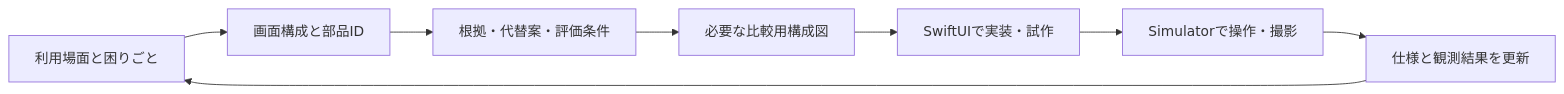
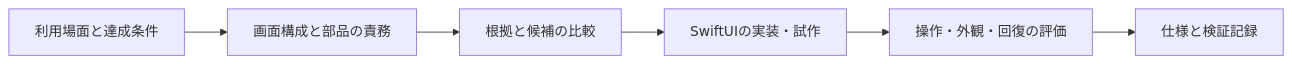
One commit to 9uiLe/nibble changed the diagram in docs/design/README.md. Above: the diagram before and after it, drawn with Mermaid. The commit also changed other lines of this file and 11 other files, not shown here.

````diff
--- a/docs/design/README.md
+++ b/docs/design/README.md
@@ -45,10 +76,8 @@
 ```mermaid
 flowchart LR
-    A[利用場面と困りごと] --> B[画面構成と部品ID]
-    B --> C[根拠・代替案・評価条件]
-    C --> D[必要な比較用構成図]
-    D --> E[SwiftUIで実装・試作]
-    E --> F[Simulatorで操作・撮影]
-    F --> G[仕様と観測結果を更新]
-    G --> A
+    A[利用場面と達成条件] --> B[画面構成と部品の責務]
+    B --> C[根拠と候補の比較]
+    C --> D[SwiftUIの実装・試作]
+    D --> E[操作・外観・回復の評価]
+    E --> F[仕様と検証記録]
 ```
````
